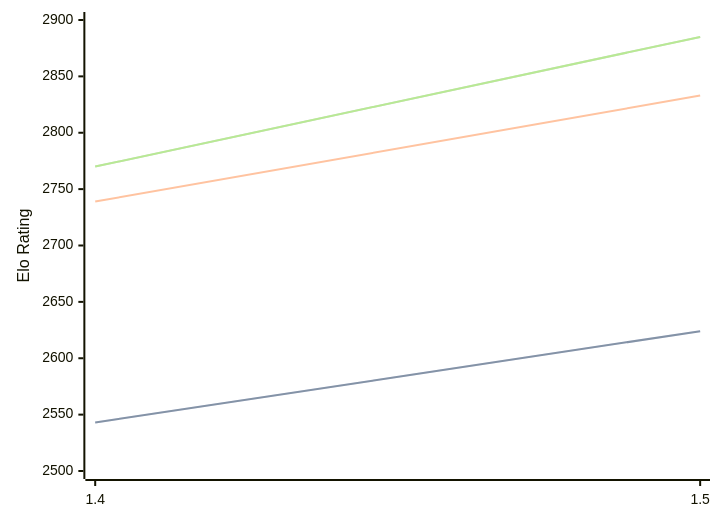
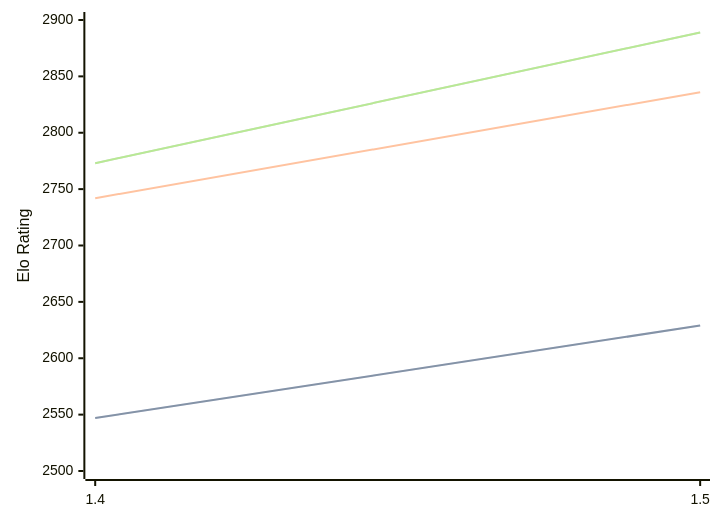
Before and after one commit to computer-chess-index/cci: the diagram in engines/Yakka.md, drawn with Mermaid. The commit also changed other lines of this file, not shown here.

Commit message:
Update CCI Ratings (ELO VLTC) - 2026-02-24

````diff
--- a/engines/Yakka.md
+++ b/engines/Yakka.md
@@ -33,11 +33,11 @@
 ```mermaid
 %%{init: {"theme":"base","themeVariables":{"seriesColors:['#a3a3a3','#222221','#faa371']}}}%%
 xychart-beta
   x-axis ["1.4", "1.5"]
   y-axis "Elo Rating" 2500 --> 2900
-  line "STC (8.0+0.08s)" [2543, 2624]
-  line "STC (8.0+0.08s)" [2543, 2624]
-  line "LTC (60.0+0.60s)" [2739, 2833]
-  line "VLTC (2m24s+1.12s)" [2770, 2885]
-  line "VLTC (2m24s+1.12s)" [2770, 2885]
+  line "STC (8.0+0.08s)" [2547, 2629]
+  line "STC (8.0+0.08s)" [2547, 2629]
+  line "LTC (60.0+0.60s)" [2742, 2836]
+  line "VLTC (2m24s+1.12s)" [2773, 2889]
+  line "VLTC (2m24s+1.12s)" [2773, 2889]
 ```
````
